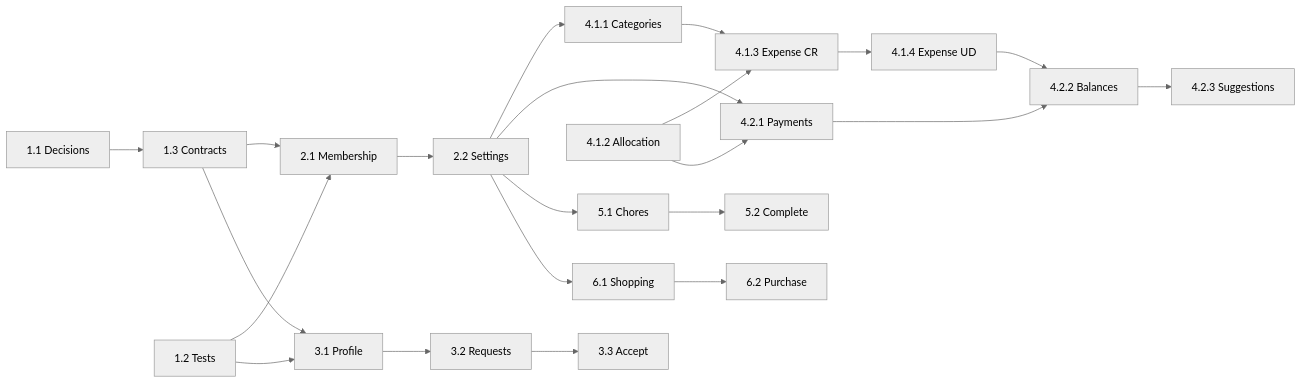
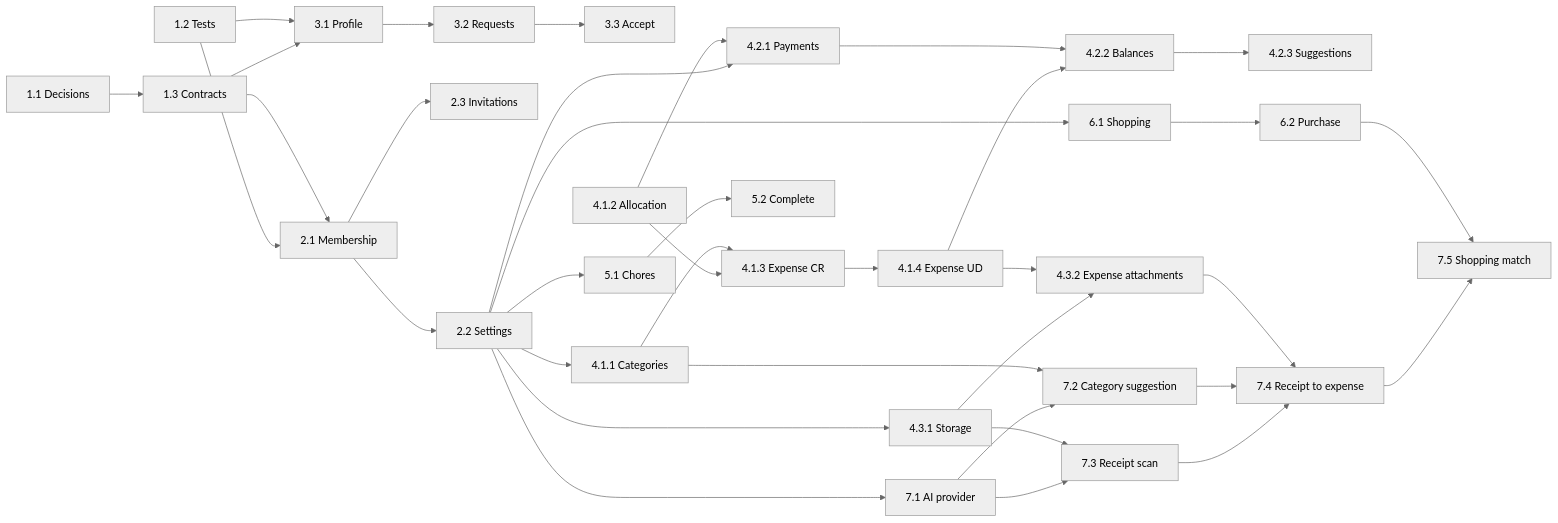
The diagram in docs/backlog/backend-backlog.md (diffiii/homesplit), drawn with Mermaid (neutral theme) before and after one commit. The commit also changed other lines of this file and 16 other files, not shown here.

Commit message:
docs: update database schema and backlog for attachments and receipts

````diff
--- a/docs/backlog/backend-backlog.md
+++ b/docs/backlog/backend-backlog.md
@@ -36,19 +38,31 @@
 ```mermaid
 flowchart LR
   T1_1[1.1 Decisions] --> T1_3[1.3 Contracts]
   T1_2[1.2 Tests] --> T2_1[2.1 Membership]
   T1_3 --> T2_1
   T1_3 --> T3_1[3.1 Profile]
   T1_2 --> T3_1
   T2_1 --> T2_2[2.2 Settings]
+  T2_1 --> T2_3[2.3 Invitations]
   T3_1 --> T3_2[3.2 Requests] --> T3_3[3.3 Accept]
   T2_2 --> T4_1_1[4.1.1 Categories]
   T4_1_2[4.1.2 Allocation] --> T4_1_3[4.1.3 Expense CR]
   T4_1_1 --> T4_1_3 --> T4_1_4[4.1.4 Expense UD]
   T2_2 --> T4_2_1[4.2.1 Payments]
   T4_1_2 --> T4_2_1
   T4_1_4 --> T4_2_2[4.2.2 Balances]
   T4_2_1 --> T4_2_2 --> T4_2_3[4.2.3 Suggestions]
   T2_2 --> T5_1[5.1 Chores] --> T5_2[5.2 Complete]
   T2_2 --> T6_1[6.1 Shopping] --> T6_2[6.2 Purchase]
+  T2_2 --> T4_3_1[4.3.1 Storage] --> T4_3_2[4.3.2 Expense attachments]
+  T4_1_4 --> T4_3_2
+  T2_2 --> T7_1[7.1 AI provider] --> T7_2[7.2 Category suggestion]
+  T4_1_1 --> T7_2
+  T7_1 --> T7_3[7.3 Receipt scan]
+  T4_3_1 --> T7_3
+  T7_3 --> T7_4[7.4 Receipt to expense]
+  T7_2 --> T7_4
+  T4_3_2 --> T7_4
+  T7_4 --> T7_5[7.5 Shopping match]
+  T6_2 --> T7_5
 ```
````
